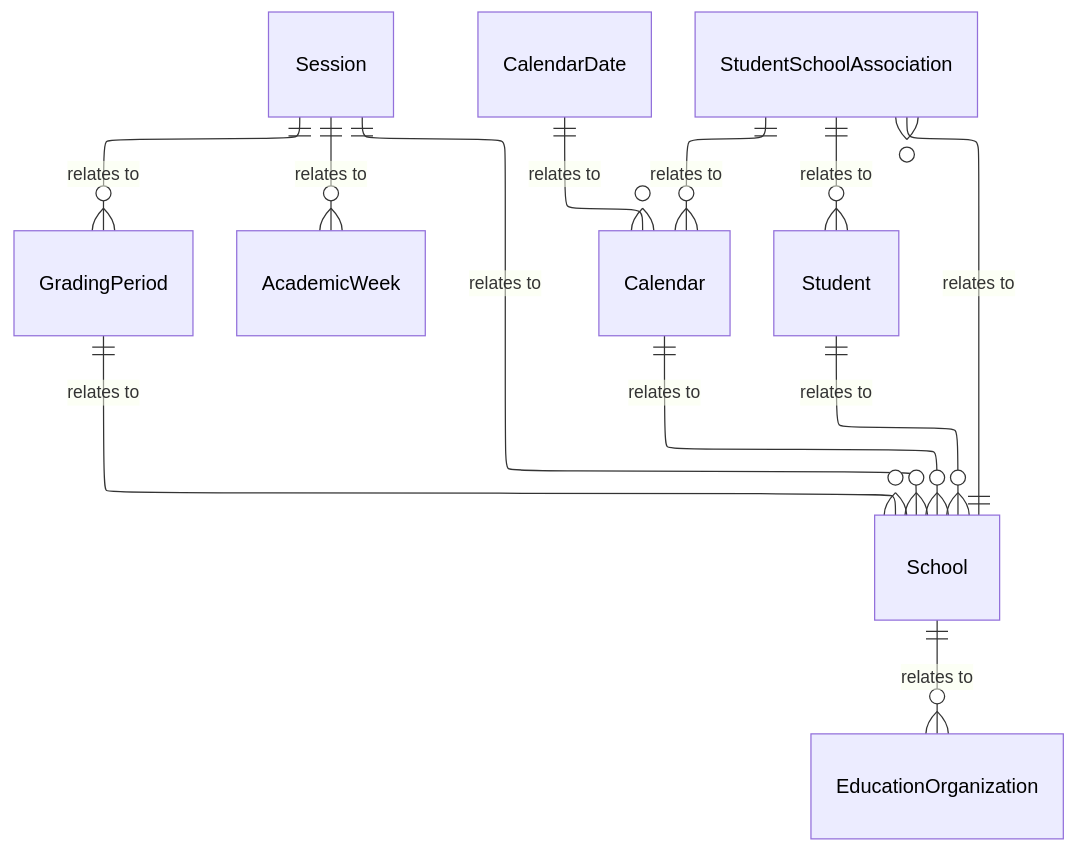
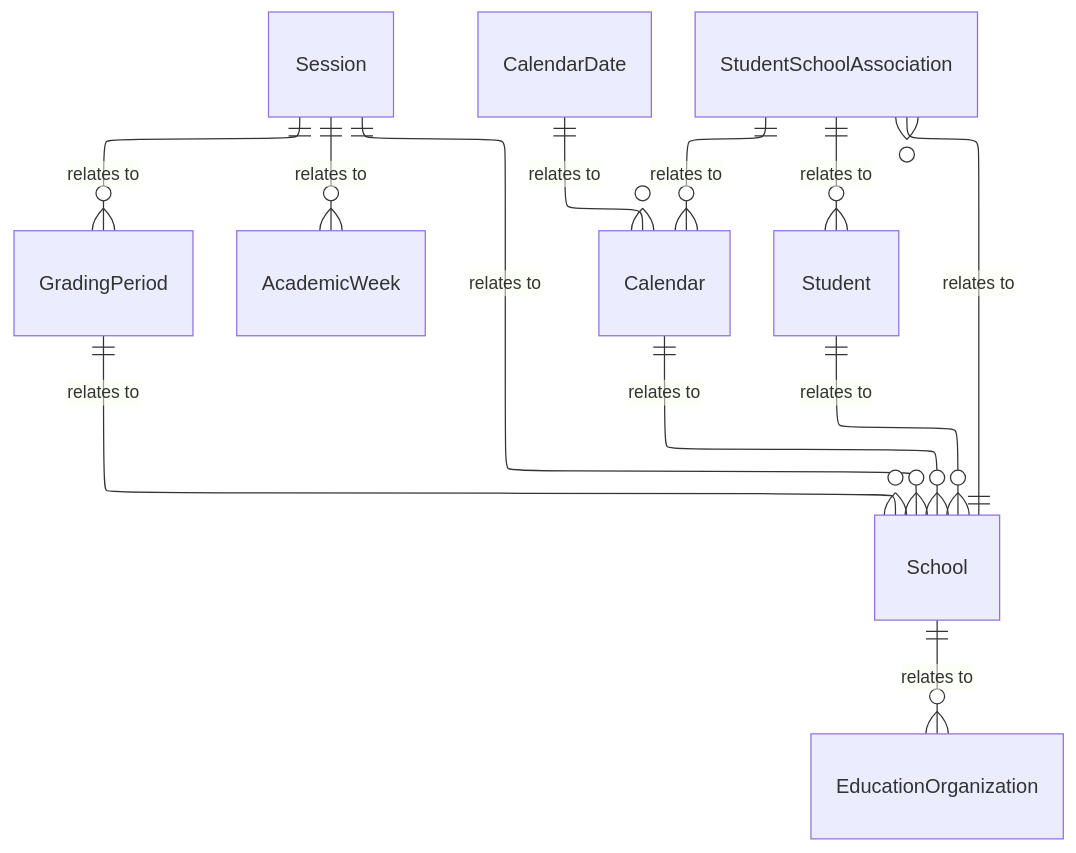
One commit to Ed-Fi-Alliance-OSS/ed-fi-alliance-oss.github.io changed the diagram in dataStandard_versioned_docs/version-6/model-reference/school-calendar-domain/model-diagrams.md. Above: the diagram before and after it, drawn with Mermaid. The commit also changed 24 other files, not shown here.

````diff
--- a/dataStandard_versioned_docs/version-6/model-reference/school-calendar-domain/model-diagrams.md
+++ b/dataStandard_versioned_docs/version-6/model-reference/school-calendar-domain/model-diagrams.md
@@ -10,45 +10,36 @@
 ```mermaid
 ---
 config:
   layout: elk
 ---
 erDiagram
     Session {
     }
     GradingPeriod {
     }
     AcademicWeek {
     }
     Calendar {
     }
     CalendarDate {
     }
     StudentSchoolAssociation {
     }
     Student {
     }
     EducationOrganization {
     }
     School {
     }
     Session ||--o{ School : "relates to"
     Session ||--o{ AcademicWeek : "relates to"
     Session ||--o{ GradingPeriod : "relates to"
     GradingPeriod ||--o{ School : "relates to"
     Calendar ||--o{ School : "relates to"
     CalendarDate ||--o{ Calendar : "relates to"
     StudentSchoolAssociation ||--o{ Calendar : "relates to"
     StudentSchoolAssociation ||--o{ Student : "relates to"
     School ||--o{ StudentSchoolAssociation : "relates to"
     School ||--o{ EducationOrganization : "relates to"
     Student ||--o{ School : "relates to"
-    style Session color:#000000
-    style GradingPeriod color:#000000
-    style AcademicWeek color:#000000
-    style Calendar color:#000000
-    style CalendarDate color:#000000
-    style StudentSchoolAssociation color:#000000
-    style Student color:#000000
-    style EducationOrganization color:#000000
-    style School color:#000000
 ```
````
